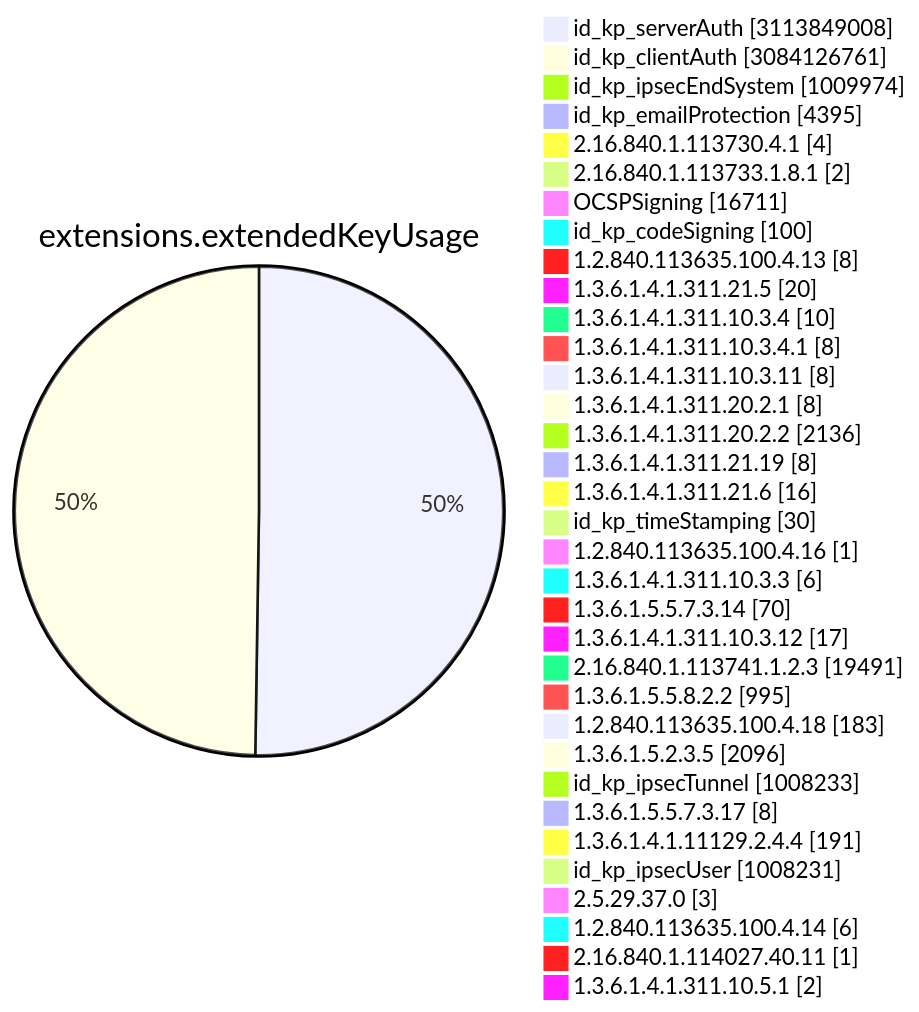
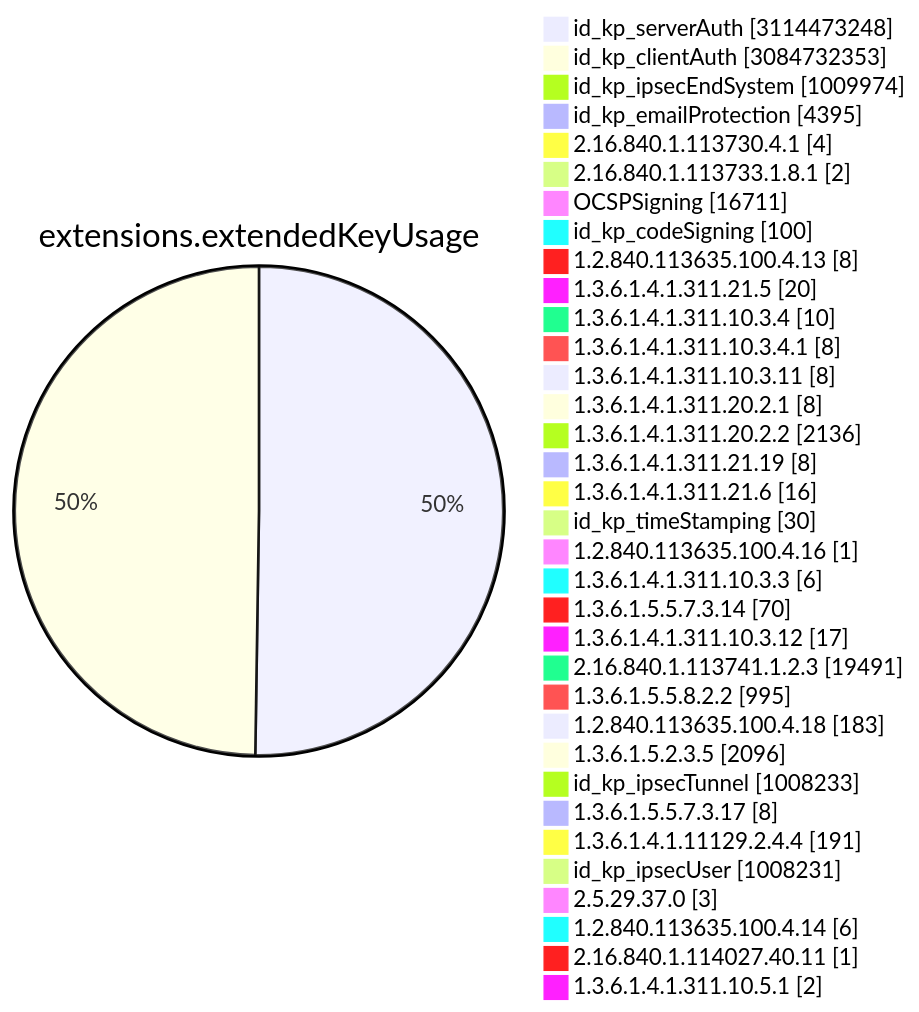
Before and after one commit to christiankrug/ctmonitor_visualization: diagram 11 of 15 in TOTAL/README.md, drawn with Mermaid. The commit also changed other lines of this file, not shown here.

````diff
--- a/TOTAL/README.md
+++ b/TOTAL/README.md
@@ -4119,38 +4119,38 @@
 ```mermaid
 pie showData
 title extensions.extendedKeyUsage
-"id_kp_serverAuth" :3113849008
-"id_kp_clientAuth" :3084126761
+"id_kp_serverAuth" :3114473248
+"id_kp_clientAuth" :3084732353
 "id_kp_ipsecEndSystem" :1009974
 "id_kp_emailProtection" :4395
 "2.16.840.1.113730.4.1" :4
 "2.16.840.1.113733.1.8.1" :2
 "OCSPSigning" :16711
 "id_kp_codeSigning" :100
 "1.2.840.113635.100.4.13" :8
 "1.3.6.1.4.1.311.21.5" :20
 "1.3.6.1.4.1.311.10.3.4" :10
 "1.3.6.1.4.1.311.10.3.4.1" :8
 "1.3.6.1.4.1.311.10.3.11" :8
 "1.3.6.1.4.1.311.20.2.1" :8
 "1.3.6.1.4.1.311.20.2.2" :2136
 "1.3.6.1.4.1.311.21.19" :8
 "1.3.6.1.4.1.311.21.6" :16
 "id_kp_timeStamping" :30
 "1.2.840.113635.100.4.16" :1
 "1.3.6.1.4.1.311.10.3.3" :6
 "1.3.6.1.5.5.7.3.14" :70
 "1.3.6.1.4.1.311.10.3.12" :17
 "2.16.840.1.113741.1.2.3" :19491
 "1.3.6.1.5.5.8.2.2" :995
 "1.2.840.113635.100.4.18" :183
 "1.3.6.1.5.2.3.5" :2096
 "id_kp_ipsecTunnel" :1008233
 "1.3.6.1.5.5.7.3.17" :8
 "1.3.6.1.4.1.11129.2.4.4" :191
 "id_kp_ipsecUser" :1008231
 "2.5.29.37.0" :3
 "1.2.840.113635.100.4.14" :6
 "2.16.840.1.114027.40.11" :1
 "1.3.6.1.4.1.311.10.5.1" :2
 ```
````
